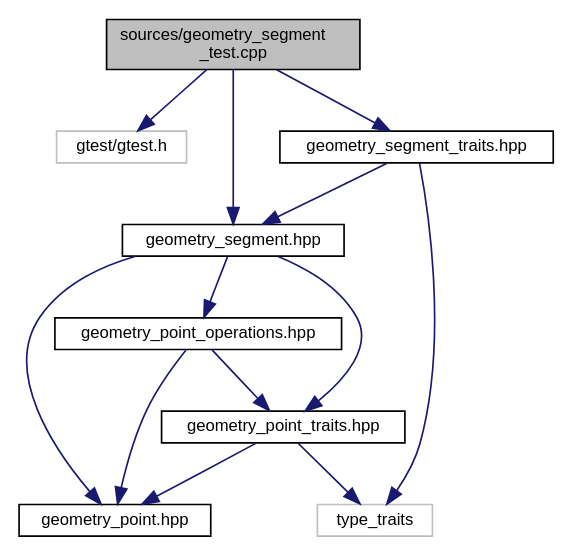
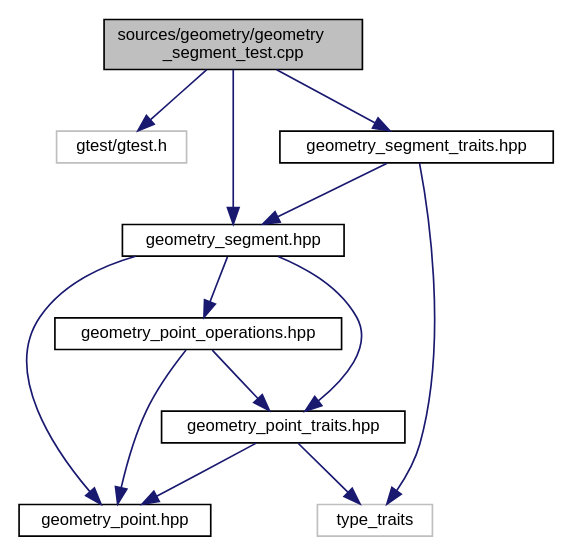
One commit to eliogovea/dev-env-cpp changed the diagram in geometry/documentation/geometry__segment__test_8cpp__incl.dot. Above: the diagram before and after it, drawn with Graphviz. The commit also changed 273 other files, not shown here.

```diff
--- a/geometry/documentation/geometry__segment__test_8cpp__incl.dot
+++ b/geometry/documentation/geometry__segment__test_8cpp__incl.dot
@@ -1,26 +1,26 @@
-digraph "sources/geometry_segment_test.cpp"
+digraph "sources/geometry/geometry_segment_test.cpp"
 {
  // LATEX_PDF_SIZE
   edge [fontname="Helvetica",fontsize="10",labelfontname="Helvetica",labelfontsize="10"];
   node [fontname="Helvetica",fontsize="10",shape=record];
-  Node1 [label="sources/geometry_segment\l_test.cpp",height=0.2,width=0.4,color="black", fillcolor="grey75", style="filled", fontcolor="black",tooltip=" "];
+  Node1 [label="sources/geometry/geometry\l_segment_test.cpp",height=0.2,width=0.4,color="black", fillcolor="grey75", style="filled", fontcolor="black",tooltip=" "];
   Node1 -> Node2 [color="midnightblue",fontsize="10",style="solid",fontname="Helvetica"];
   Node2 [label="gtest/gtest.h",height=0.2,width=0.4,color="grey75", fillcolor="white", style="filled",tooltip=" "];
   Node1 -> Node3 [color="midnightblue",fontsize="10",style="solid",fontname="Helvetica"];
   Node3 [label="geometry_segment.hpp",height=0.2,width=0.4,color="black", fillcolor="white", style="filled",URL="$geometry__segment_8hpp.html",tooltip=" "];
   Node3 -> Node4 [color="midnightblue",fontsize="10",style="solid",fontname="Helvetica"];
   Node4 [label="geometry_point.hpp",height=0.2,width=0.4,color="black", fillcolor="white", style="filled",URL="$geometry__point_8hpp.html",tooltip=" "];
   Node3 -> Node5 [color="midnightblue",fontsize="10",style="solid",fontname="Helvetica"];
   Node5 [label="geometry_point_operations.hpp",height=0.2,width=0.4,color="black", fillcolor="white", style="filled",URL="$geometry__point__operations_8hpp.html",tooltip=" "];
   Node5 -> Node4 [color="midnightblue",fontsize="10",style="solid",fontname="Helvetica"];
   Node5 -> Node6 [color="midnightblue",fontsize="10",style="solid",fontname="Helvetica"];
   Node6 [label="geometry_point_traits.hpp",height=0.2,width=0.4,color="black", fillcolor="white", style="filled",URL="$geometry__point__traits_8hpp.html",tooltip=" "];
   Node6 -> Node7 [color="midnightblue",fontsize="10",style="solid",fontname="Helvetica"];
   Node7 [label="type_traits",height=0.2,width=0.4,color="grey75", fillcolor="white", style="filled",tooltip=" "];
   Node6 -> Node4 [color="midnightblue",fontsize="10",style="solid",fontname="Helvetica"];
   Node3 -> Node6 [color="midnightblue",fontsize="10",style="solid",fontname="Helvetica"];
   Node1 -> Node8 [color="midnightblue",fontsize="10",style="solid",fontname="Helvetica"];
   Node8 [label="geometry_segment_traits.hpp",height=0.2,width=0.4,color="black", fillcolor="white", style="filled",URL="$geometry__segment__traits_8hpp.html",tooltip=" "];
   Node8 -> Node7 [color="midnightblue",fontsize="10",style="solid",fontname="Helvetica"];
   Node8 -> Node3 [color="midnightblue",fontsize="10",style="solid",fontname="Helvetica"];
 }
```
